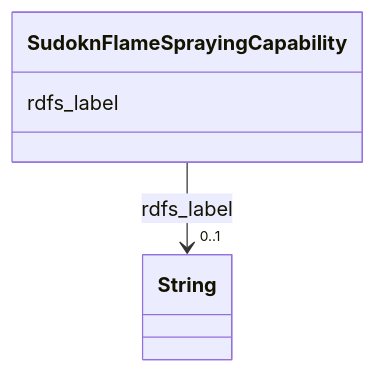
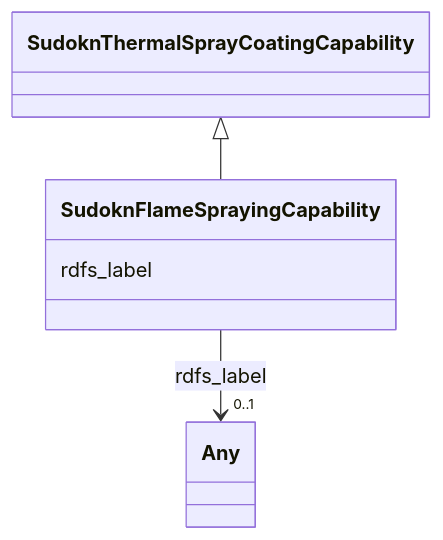
One commit to frink-okn/graph-descriptions changed the diagram in sudokn-kg/classes/SudoknFlameSprayingCapability.md. Above: the diagram before and after it, drawn with Mermaid. The commit also changed other lines of this file and 903 other files, not shown here.

````diff
--- a/sudokn-kg/classes/SudoknFlameSprayingCapability.md
+++ b/sudokn-kg/classes/SudoknFlameSprayingCapability.md
@@ -23,15 +18,18 @@
 ```mermaid
  classDiagram
     class SudoknFlameSprayingCapability
     click SudoknFlameSprayingCapability href "../SudoknFlameSprayingCapability"
+      SudoknThermalSprayCoatingCapability <|-- SudoknFlameSprayingCapability
+        click SudoknThermalSprayCoatingCapability href "../SudoknThermalSprayCoatingCapability"
+      
       SudoknFlameSprayingCapability : rdfs_label
         
           
     
     
-    SudoknFlameSprayingCapability --> "0..1" String : rdfs_label
-    click String href "../String"
+    SudoknFlameSprayingCapability --> "0..1" Any : rdfs_label
+    click Any href "../Any"
 
         
       
 ```
````
